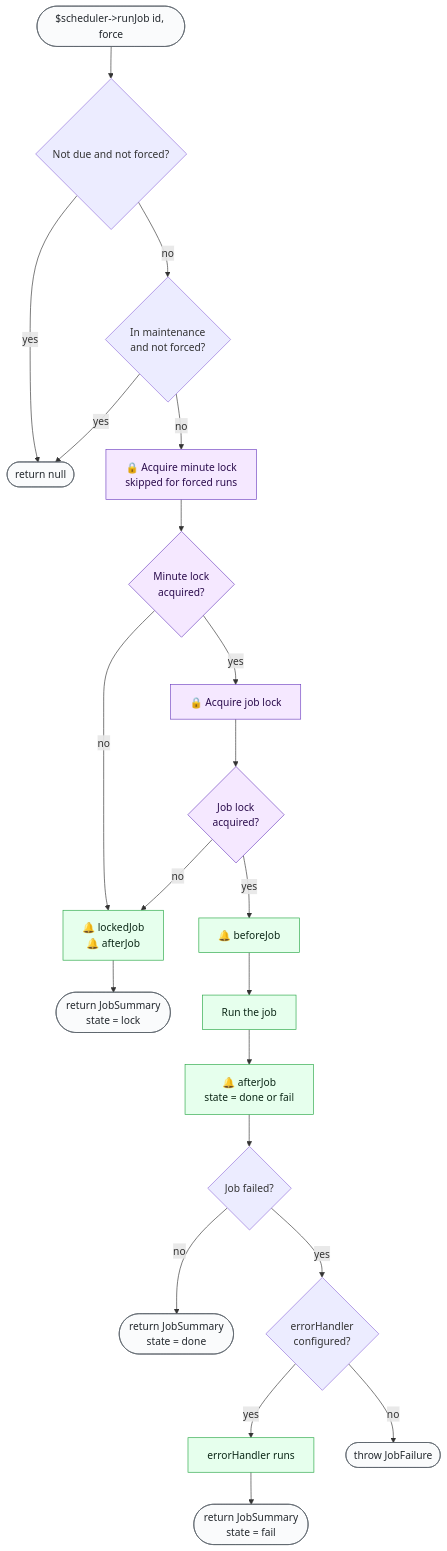
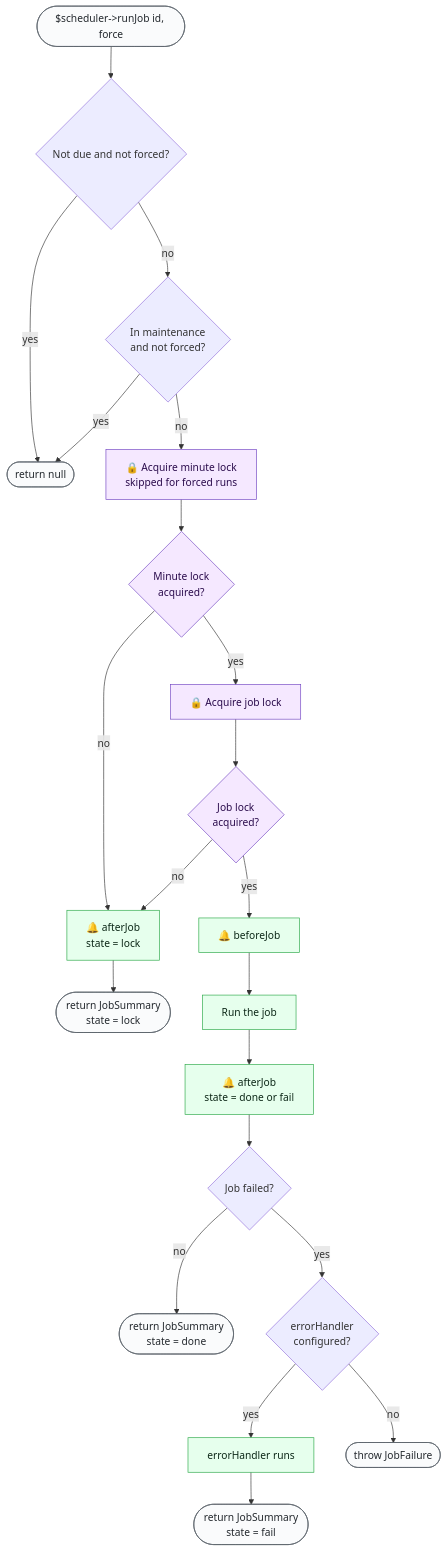
One commit to orisai/scheduler changed the second of 3 diagrams in docs/README.md. Above: the diagram before and after it, drawn with Mermaid. The commit also changed other lines of this file and 3 other files, not shown here.

Commit message:
Deprecate locked job callbacks

````diff
--- a/docs/README.md
+++ b/docs/README.md
@@ -902,30 +883,30 @@
 ```mermaid
 flowchart TD
 	Start([$scheduler-&gt;runJob id, force]) --> DueCheck{Not due and not forced?}
 	DueCheck -- yes --> RetNull([return null])
 	DueCheck -- no --> MaintCheck{In maintenance<br/>and not forced?}
 	MaintCheck -- yes --> RetNull
 	MaintCheck -- no --> MinLock[🔒 Acquire minute lock<br/>skipped for forced runs]
 	MinLock --> MinLockOk{Minute lock<br/>acquired?}
-	MinLockOk -- no --> LockEvents[🔔 lockedJob<br/>🔔 afterJob]
-	LockEvents --> RetLock([return JobSummary<br/>state = lock])
+	MinLockOk -- no --> LockEvent[🔔 afterJob<br/>state = lock]
+	LockEvent --> RetLock([return JobSummary<br/>state = lock])
 	MinLockOk -- yes --> JobLock[🔒 Acquire job lock]
 	JobLock --> JobLockOk{Job lock<br/>acquired?}
-	JobLockOk -- no --> LockEvents
+	JobLockOk -- no --> LockEvent
 	JobLockOk -- yes --> BeforeJob[🔔 beforeJob]
 	BeforeJob --> Run[Run the job]
 	Run --> AfterJob[🔔 afterJob<br/>state = done or fail]
 	AfterJob --> FailCheck{Job failed?}
 	FailCheck -- no --> RetOk([return JobSummary<br/>state = done])
 	FailCheck -- yes --> ErrHandler{errorHandler<br/>configured?}
 	ErrHandler -- yes --> HandleErr[errorHandler runs]
 	HandleErr --> RetFail([return JobSummary<br/>state = fail])
 	ErrHandler -- no --> ThrowJF([throw JobFailure])
 
 	classDef lock fill:#f5e8ff,stroke:#6f42c1,color:#2b0c4d
 	classDef event fill:#e6ffed,stroke:#28a745,color:#0d2818
 	classDef terminal fill:#fafbfc,stroke:#586069,color:#24292e
 	class Start,RetNull,RetLock,RetOk,RetFail,ThrowJF terminal
 	class MinLock,MinLockOk,JobLock,JobLockOk lock
-	class LockEvents,BeforeJob,Run,AfterJob,HandleErr event
+	class LockEvent,BeforeJob,Run,AfterJob,HandleErr event
 ```
````
